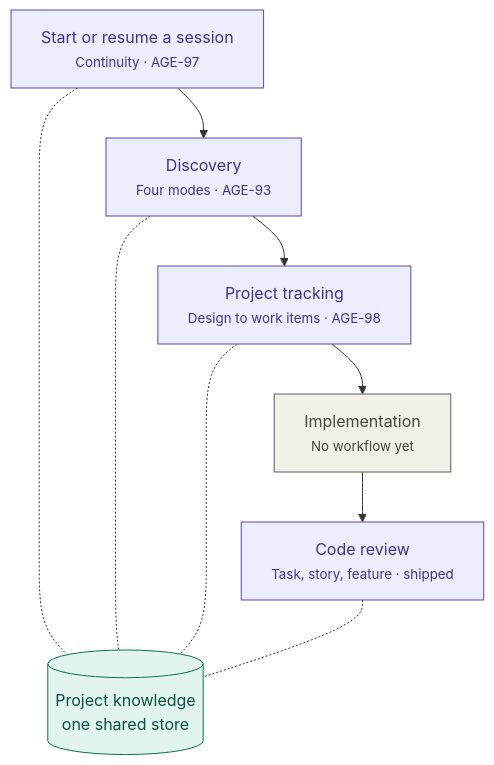
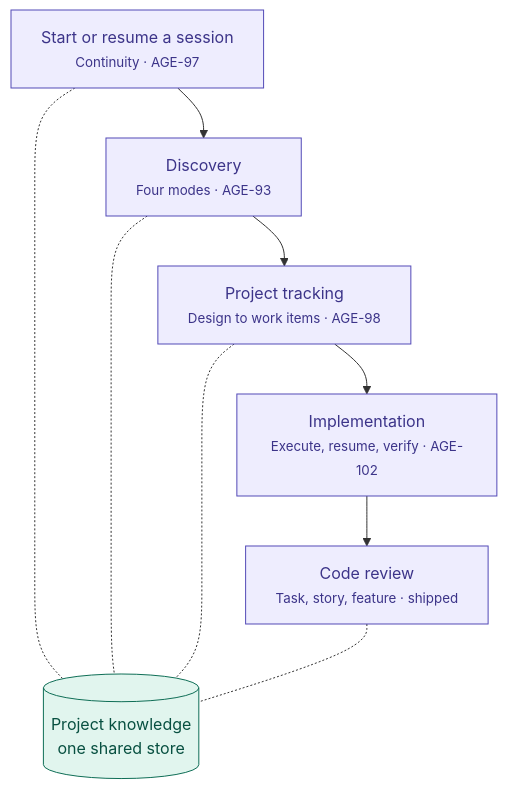
The first of 5 diagrams in docs/user-journey.md (Monolith-INC/unified-plugin-framework), drawn with Mermaid before and after one commit. The commit also changed other lines of this file and 67 other files, not shown here.

````diff
--- a/docs/user-journey.md
+++ b/docs/user-journey.md
@@ -23,22 +23,21 @@
 ```mermaid
 flowchart TD
     C["Start or resume a session<br/><small>Continuity · AGE-97</small>"]
     D["Discovery<br/><small>Four modes · AGE-93</small>"]
     T["Project tracking<br/><small>Design to work items · AGE-98</small>"]
-    I["Implementation<br/><small>No workflow yet</small>"]
+    I["Implementation<br/><small>Execute, resume, verify · AGE-102</small>"]
     R["Code review<br/><small>Task, story, feature · shipped</small>"]
     K[("Project knowledge<br/>one shared store")]
 
     C --> D --> T --> I --> R
     C -.- K
     D -.- K
     T -.- K
     R -.- K
 
     classDef built fill:#EEEDFE,stroke:#534AB7,color:#3C3489
     classDef planned fill:#F1EFE8,stroke:#5F5E5A,color:#444441
     classDef store fill:#E1F5EE,stroke:#0F6E56,color:#085041
-    class C,D,T,R built
-    class I planned
+    class C,D,T,I,R built
     class K store
 ```
````
